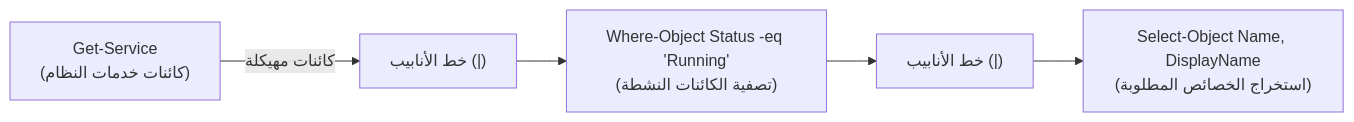
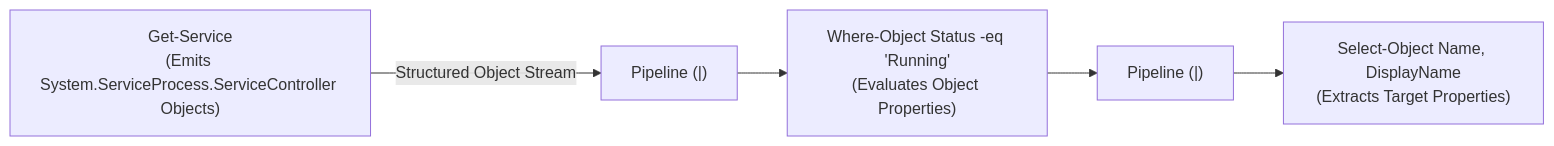
One commit to 3bdo-fathi/3bdo-fathi.github.io changed the first of 5 diagrams in _posts/2026-11-12-ecppt-v3-part-10-powershell-for-pentesters.md. Above: the diagram before and after it, drawn with Mermaid. The commit also changed other lines of this file and 11 other files, not shown here.

````diff
--- a/_posts/2026-11-12-ecppt-v3-part-10-powershell-for-pentesters.md
+++ b/_posts/2026-11-12-ecppt-v3-part-10-powershell-for-pentesters.md
@@ -45,7 +45,7 @@
 ```mermaid
 flowchart LR
-    Cmdlet1["Get-Service<br/>(كائنات خدمات النظام)"] -->|كائنات مهيكلة| Pipeline["خط الأنابيب (|)"]
-    Pipeline --> Cmdlet2["Where-Object Status -eq 'Running'<br/>(تصفية الكائنات النشطة)"]
-    Cmdlet2 --> Pipeline2["خط الأنابيب (|)"]
-    Pipeline2 --> Cmdlet3["Select-Object Name, DisplayName<br/>(استخراج الخصائص المطلوبة)"]
+    Cmdlet1["Get-Service<br/>(Emits System.ServiceProcess.ServiceController Objects)"] -->|Structured Object Stream| Pipe1["Pipeline (|)"]
+    Pipe1 --> Cmdlet2["Where-Object Status -eq 'Running'<br/>(Evaluates Object Properties)"]
+    Cmdlet2 --> Pipe2["Pipeline (|)"]
+    Pipe2 --> Cmdlet3["Select-Object Name, DisplayName<br/>(Extracts Target Properties)"]
 ```
````
